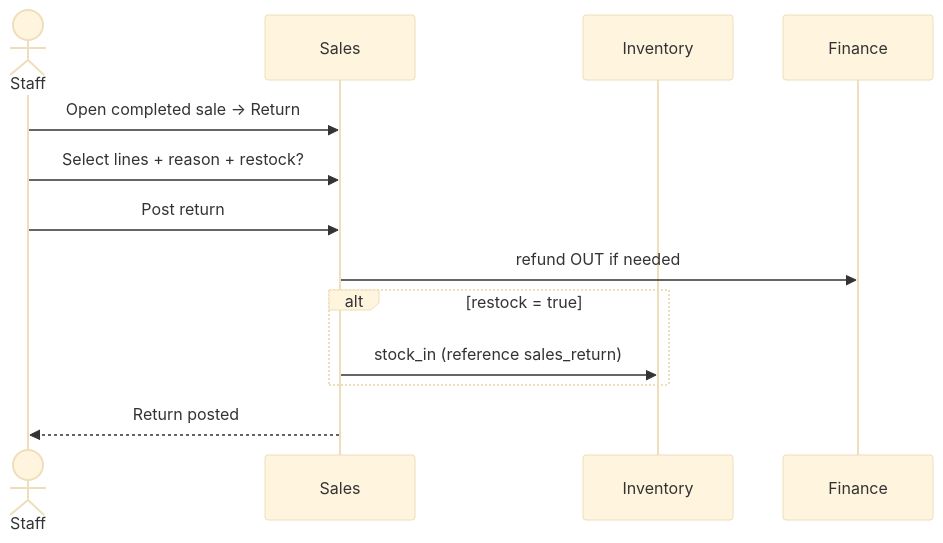
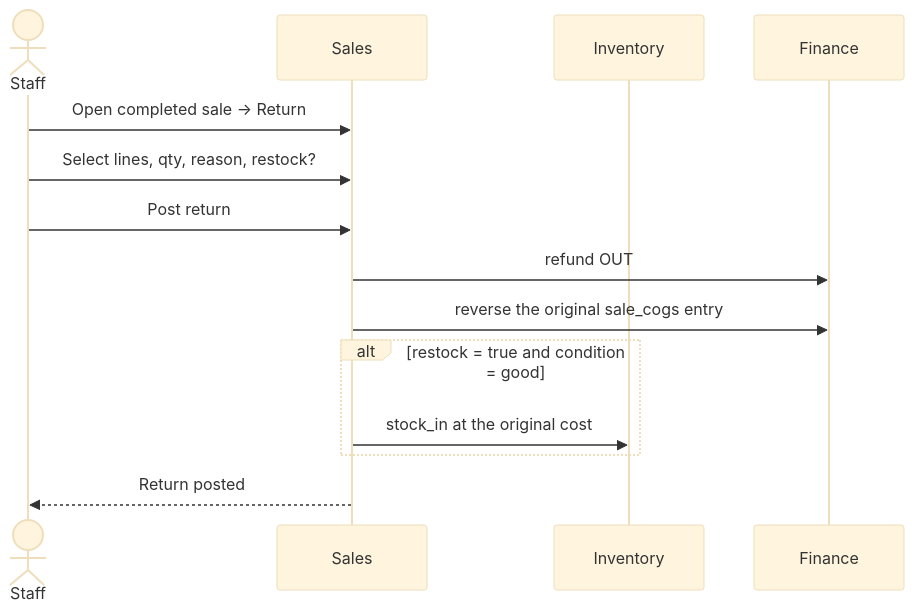
Before and after one commit to niaazaai/boms: the tenth of 14 diagrams in specs/flows/application-flows.md, drawn with Mermaid (base theme). The commit also changed other lines of this file and 61 other files, not shown here.

````diff
--- a/specs/flows/application-flows.md
+++ b/specs/flows/application-flows.md
@@ -124,15 +212,16 @@
 ```mermaid
 sequenceDiagram
   actor Staff
-  participant Sales
-  participant Inventory
-  participant Finance
-  Staff->>Sales: Open completed sale → Return
-  Staff->>Sales: Select lines + reason + restock?
-  Staff->>Sales: Post return
-  Sales->>Finance: refund OUT if needed
-  alt restock = true
-    Sales->>Inventory: stock_in (reference sales_return)
+  participant SAL as Sales
+  participant INV as Inventory
+  participant FIN as Finance
+  Staff->>SAL: Open completed sale → Return
+  Staff->>SAL: Select lines, qty, reason, restock?
+  Staff->>SAL: Post return
+  SAL->>FIN: refund OUT
+  SAL->>FIN: reverse the original sale_cogs entry
+  alt restock = true and condition = good
+    SAL->>INV: stock_in at the original cost
   end
-  Sales-->>Staff: Return posted
+  SAL-->>Staff: Return posted
 ```
````
